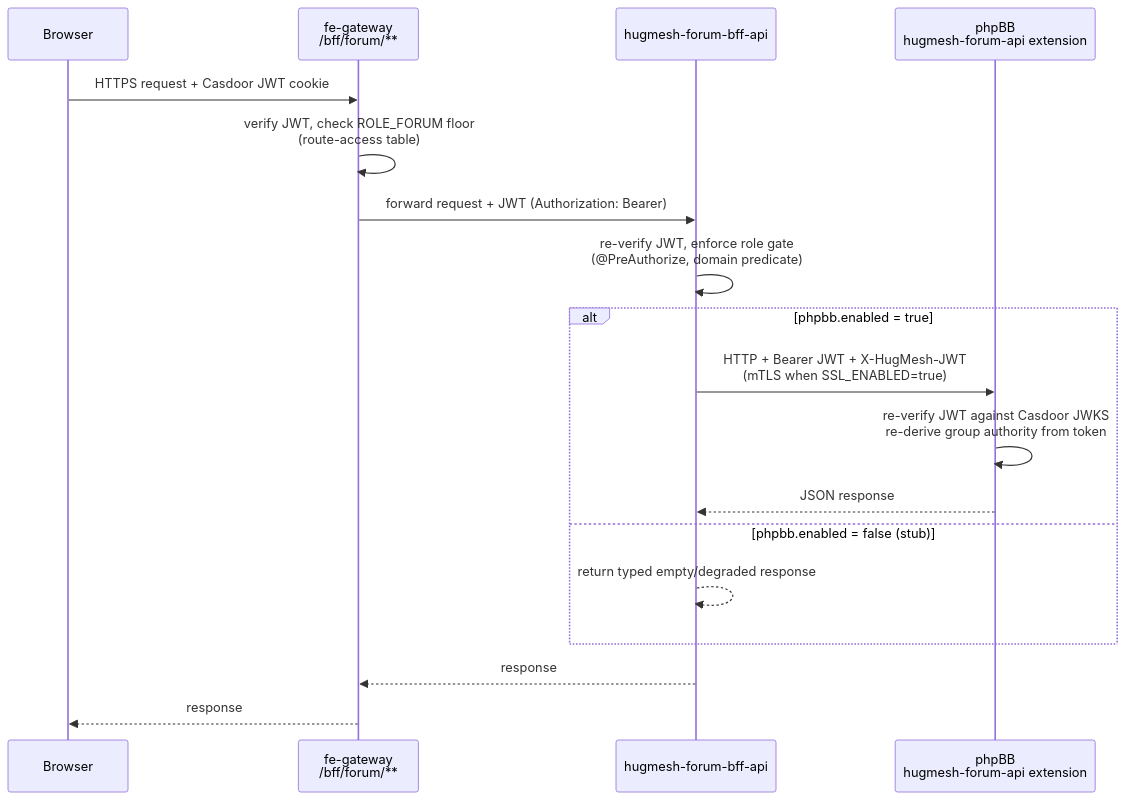
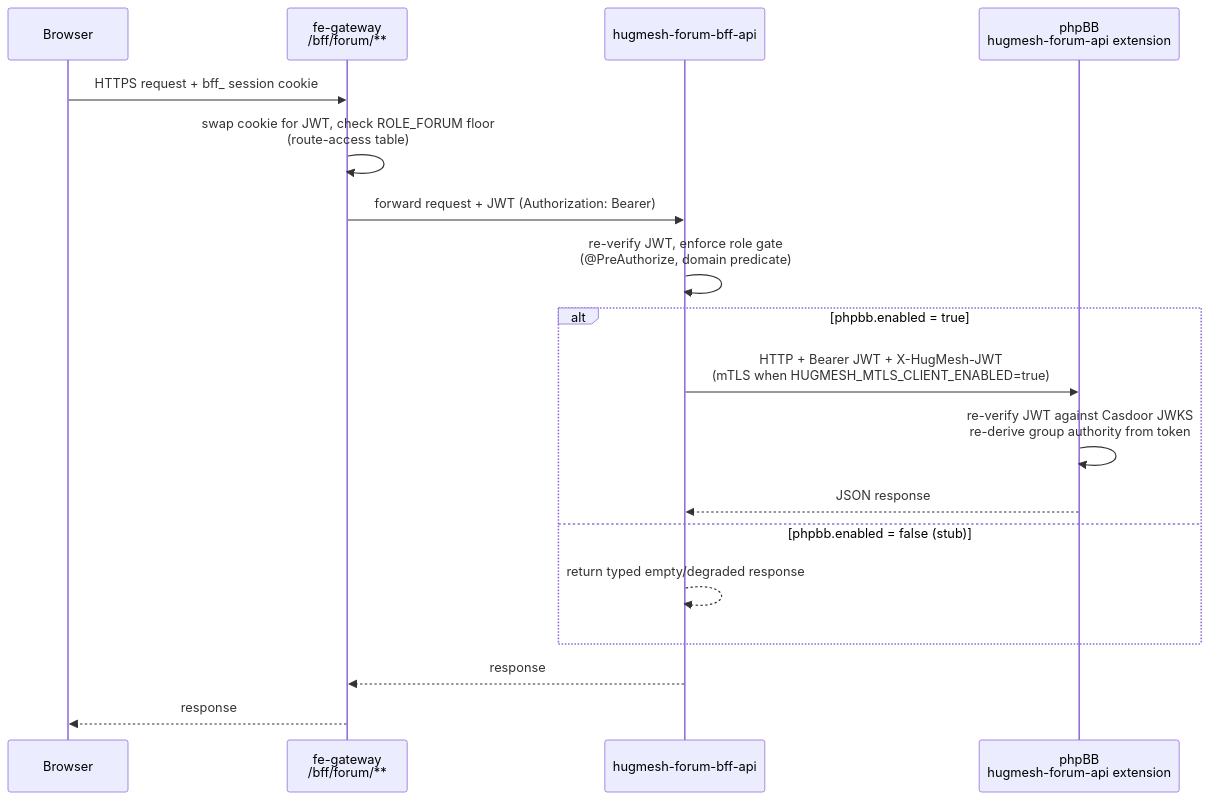
One commit to hugmesh/hugmesh.github.io changed the second of 3 diagrams in content/reference/forum-bff.md. Above: the diagram before and after it, drawn with Mermaid. The commit also changed other lines of this file and 166 other files, not shown here.

````diff
--- a/content/reference/forum-bff.md
+++ b/content/reference/forum-bff.md
@@ -124,21 +128,21 @@
 ```mermaid
 sequenceDiagram
     participant B as Browser
     participant GW as fe-gateway<br/>/bff/forum/**
     participant BFF as hugmesh-forum-bff-api
     participant PH as phpBB<br/>hugmesh-forum-api extension
 
-    B->>GW: HTTPS request + Casdoor JWT cookie
-    GW->>GW: verify JWT, check ROLE_FORUM floor<br/>(route-access table)
+    B->>GW: HTTPS request + bff_ session cookie
+    GW->>GW: swap cookie for JWT, check ROLE_FORUM floor<br/>(route-access table)
     GW->>BFF: forward request + JWT (Authorization: Bearer)
     BFF->>BFF: re-verify JWT, enforce role gate<br/>(@PreAuthorize, domain predicate)
     alt phpbb.enabled = true
-        BFF->>PH: HTTP + Bearer JWT + X-HugMesh-JWT<br/>(mTLS when SSL_ENABLED=true)
+        BFF->>PH: HTTP + Bearer JWT + X-HugMesh-JWT<br/>(mTLS when HUGMESH_MTLS_CLIENT_ENABLED=true)
         PH->>PH: re-verify JWT against Casdoor JWKS<br/>re-derive group authority from token
         PH-->>BFF: JSON response
     else phpbb.enabled = false (stub)
         BFF-->>BFF: return typed empty/degraded response
     end
     BFF-->>GW: response
     GW-->>B: response
 ```
````
